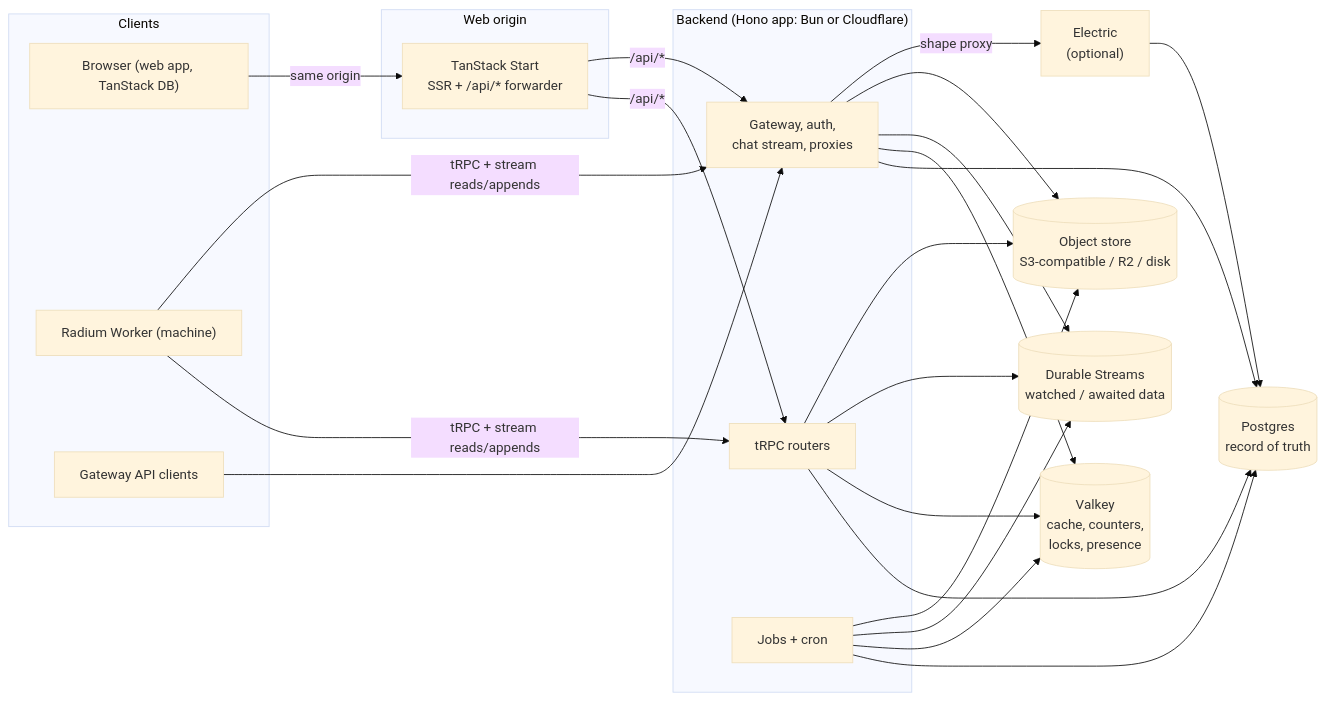
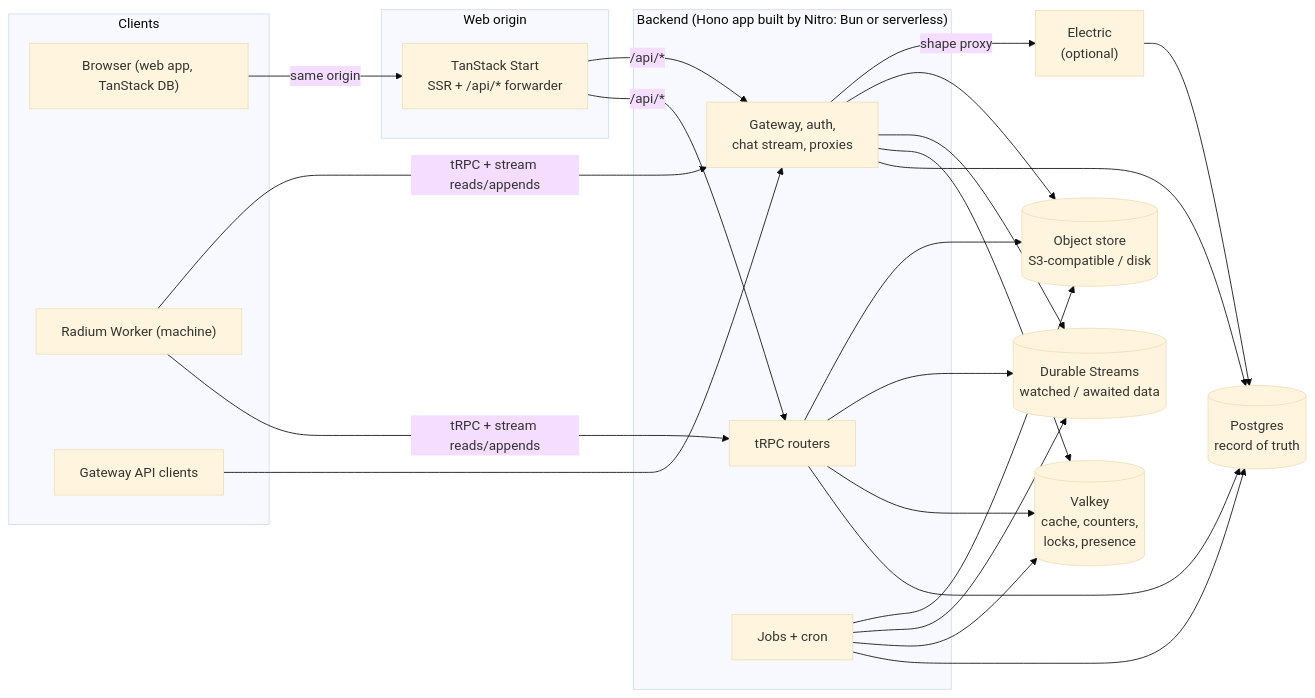
Before and after one commit to alkalines/Radium: the diagram in docs/Backend_Migration.md, drawn with Mermaid (base theme). The commit also changed other lines of this file and 5 other files, not shown here.

````diff
--- a/docs/Backend_Migration.md
+++ b/docs/Backend_Migration.md
@@ -35,27 +35,27 @@
 ```mermaid
 flowchart LR
     subgraph Clients
         Browser["Browser (web app, TanStack DB)"]
         Worker["Radium Worker (machine)"]
         GW["Gateway API clients"]
     end
     subgraph Web["Web origin"]
         Start["TanStack Start<br/>SSR + /api/* forwarder"]
     end
-    subgraph Backend["Backend (Hono app: Bun or Cloudflare)"]
+    subgraph Backend["Backend (Hono app built by Nitro: Bun or serverless)"]
         TRPC["tRPC routers"]
         HTTP["Gateway, auth,<br/>chat stream, proxies"]
         Jobs["Jobs + cron"]
     end
     PG[("Postgres<br/>record of truth")]
     VK[("Valkey<br/>cache, counters,<br/>locks, presence")]
     DS[("Durable Streams<br/>watched / awaited data")]
     EL["Electric<br/>(optional)"]
-    OBJ[("Object store<br/>S3-compatible / R2 / disk")]
+    OBJ[("Object store<br/>S3-compatible / disk")]
 
     Browser -->|same origin| Start -->|/api/*| TRPC & HTTP
     Worker -->|tRPC + stream reads/appends| TRPC & HTTP
     GW --> HTTP
     TRPC & HTTP & Jobs --> PG & VK & DS & OBJ
     HTTP -->|shape proxy| EL --> PG
 ```
````
